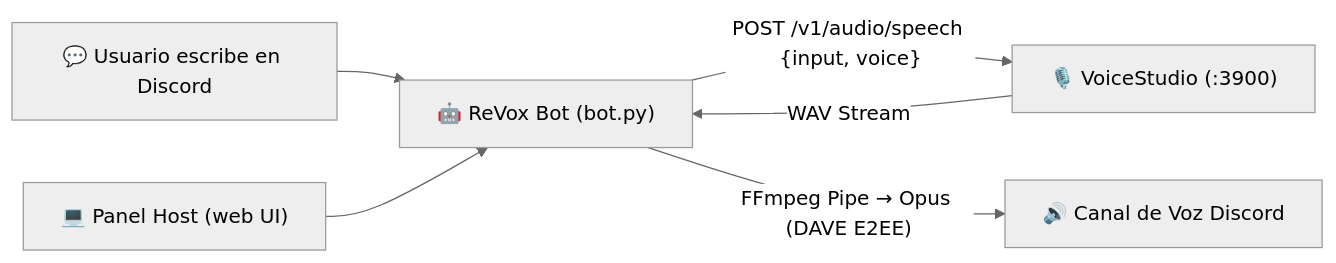
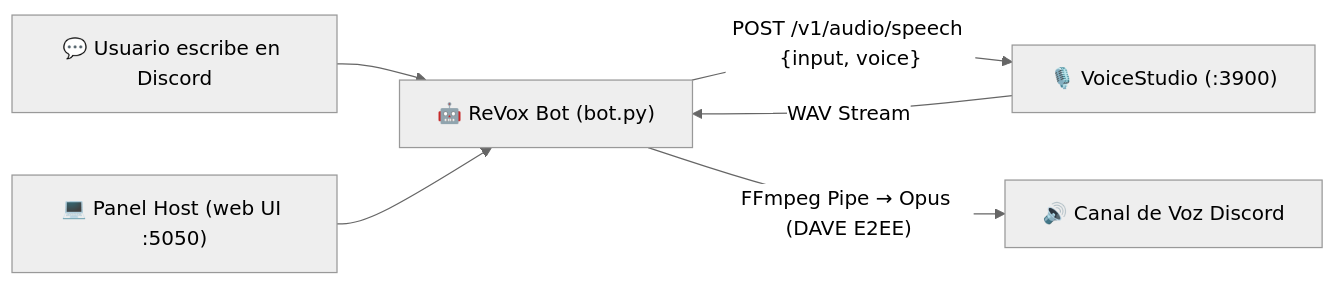
One commit to John54571/ReVox-Bot changed the diagram in README.md. Above: the diagram before and after it, drawn with Mermaid (neutral theme). The commit also changed other lines of this file and 4 other files, not shown here.

````diff
--- a/README.md
+++ b/README.md
@@ -58,8 +155,8 @@
 ```mermaid
 flowchart LR
   U["💬 Usuario escribe en Discord"] --> B["🤖 ReVox Bot (bot.py)"]
-  W["💻 Panel Host (web UI)"] --> B
+  W["💻 Panel Host (web UI :5050)"] --> B
   B -- "POST /v1/audio/speech {input, voice}" --> VS["🎙️ VoiceStudio (:3900)"]
   VS -- "WAV Stream" --> B
   B -- "FFmpeg Pipe → Opus (DAVE E2EE)" --> D["🔊 Canal de Voz Discord"]
 ```
````
